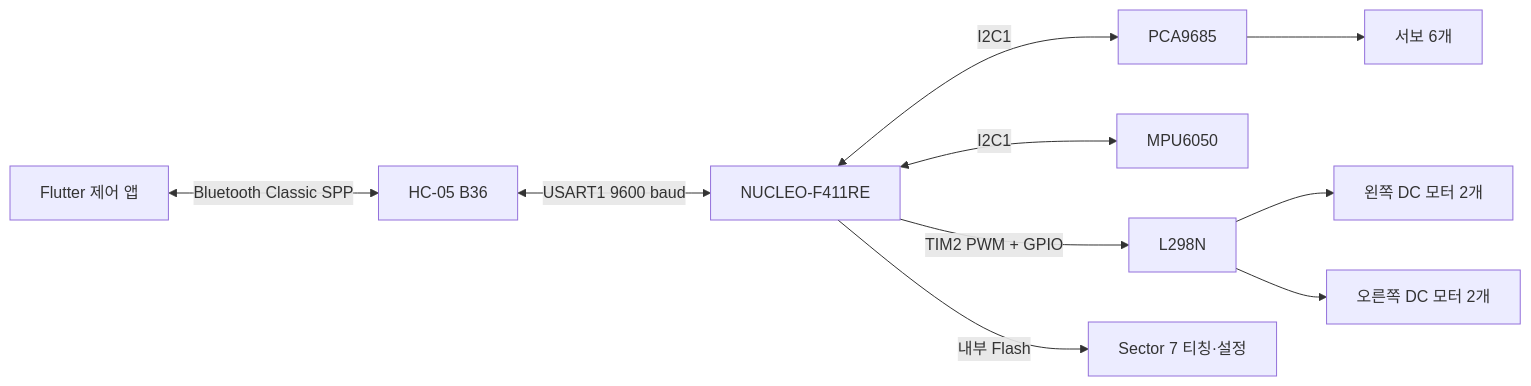
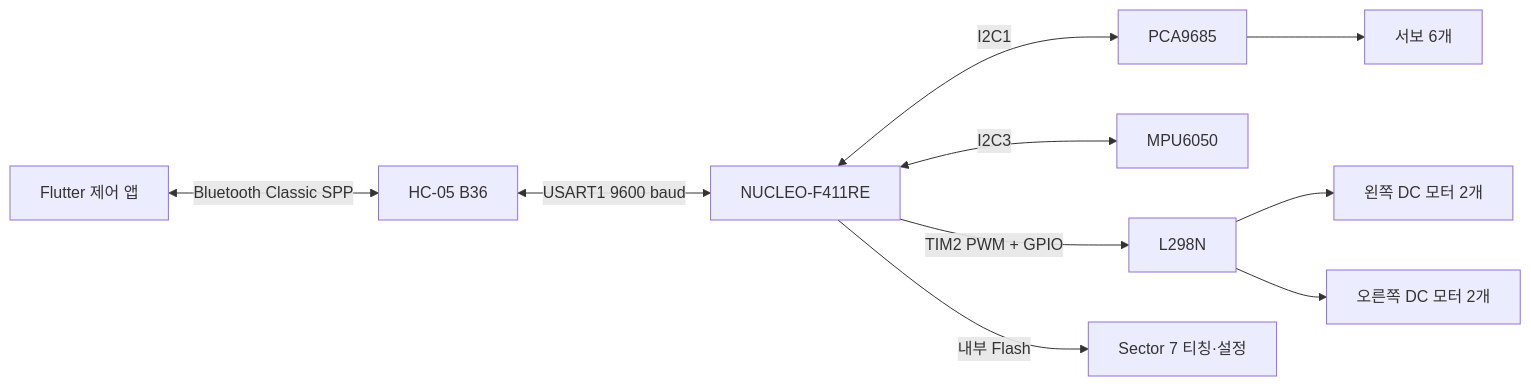
The first of 2 diagrams in PROJECT_SUMMARY.md (sditr0414/mobile-retrieval-robot), drawn with Mermaid before and after one commit. The commit also changed other lines of this file and 7 other files, not shown here.

````diff
--- a/PROJECT_SUMMARY.md
+++ b/PROJECT_SUMMARY.md
@@ -60,12 +60,12 @@
 ```mermaid
 flowchart LR
     APP[Flutter 제어 앱] <-->|Bluetooth Classic SPP| HC05[HC-05 B36]
     HC05 <-->|USART1 9600 baud| MCU[NUCLEO-F411RE]
     MCU <-->|I2C1| PCA[PCA9685]
     PCA --> S[서보 6개]
-    MCU <-->|I2C1| IMU[MPU6050]
+    MCU <-->|I2C3| IMU[MPU6050]
     MCU -->|TIM2 PWM + GPIO| L298[L298N]
     L298 --> ML[왼쪽 DC 모터 2개]
     L298 --> MR[오른쪽 DC 모터 2개]
     MCU -->|내부 Flash| F[Sector 7 티칭·설정]
 ```
````
